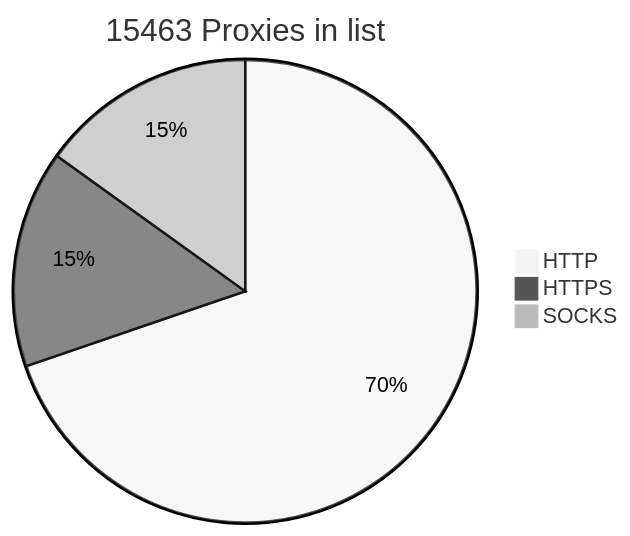
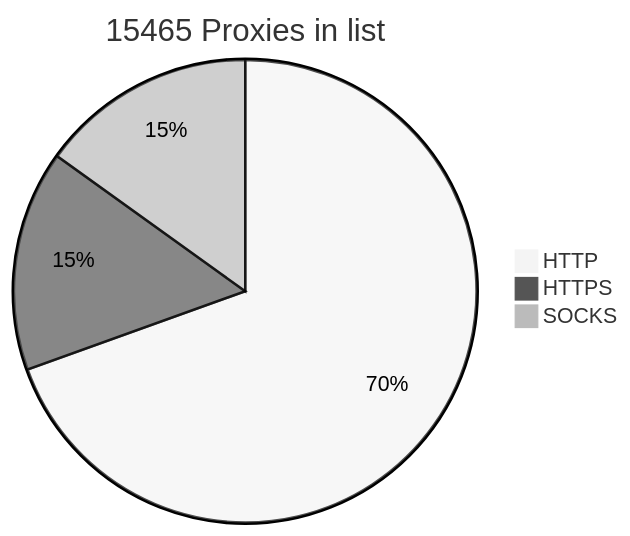
The diagram in README.md (BlackSnowDot/proxylist-update-every-minute), drawn with Mermaid (neutral theme) before and after one commit.

````diff
--- a/README.md
+++ b/README.md
@@ -2,6 +2,6 @@
 ```mermaid
-pie title 15463 Proxies in list
-    "HTTP" : 11285
-    "HTTPS": 2453
+pie title 15465 Proxies in list
+    "HTTP" : 11246
+    "HTTPS": 2492
     "SOCKS" : 2441
 ```
````
